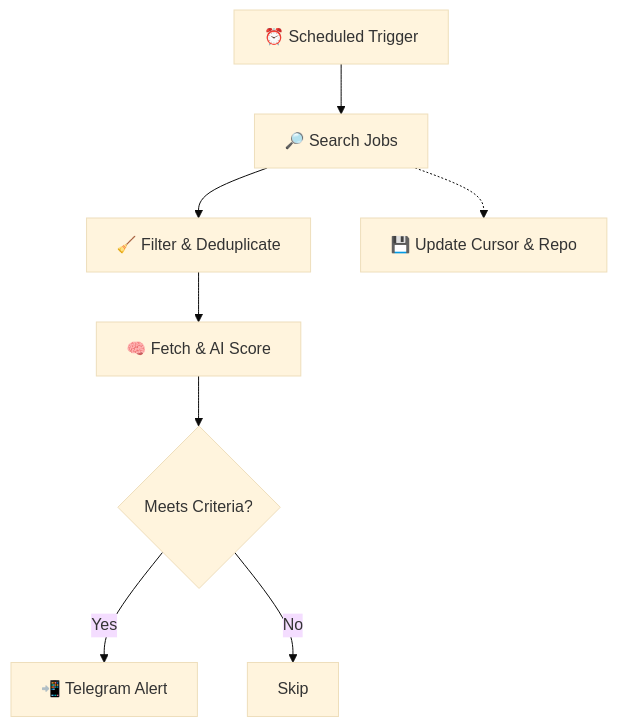
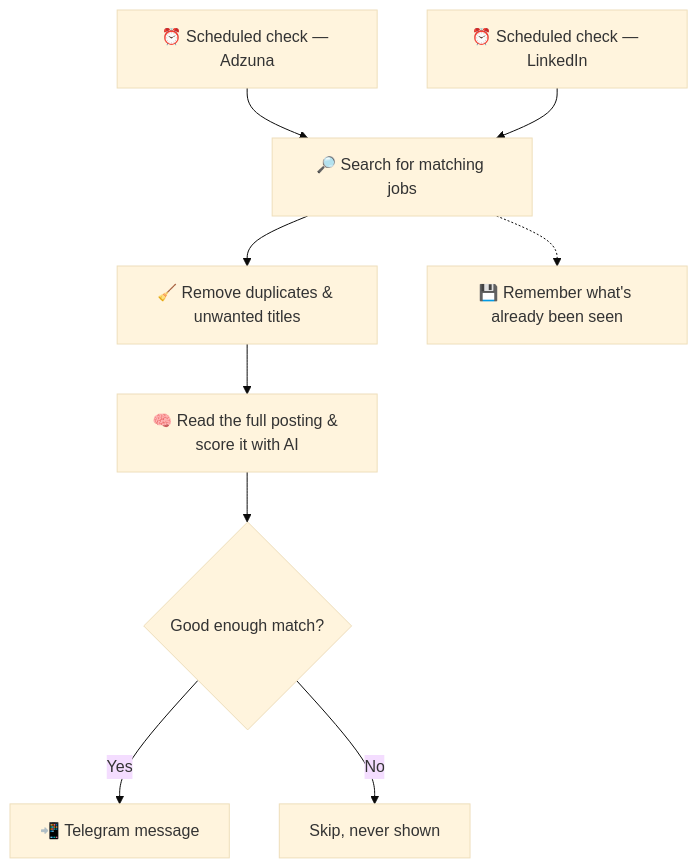
One commit to ranjith-p/job-notify changed the diagram in README.md. Above: the diagram before and after it, drawn with Mermaid (base theme). The commit also changed other lines of this file, not shown here.

````diff
--- a/README.md
+++ b/README.md
@@ -42,13 +36,15 @@
 ```mermaid
 flowchart TB
-    A["⏰ Scheduled Trigger"]
-    A --> B["🔎 Search Jobs"]
-    B --> C["🧹 Filter & Deduplicate"]
-    C --> D["🧠 Fetch & AI Score"]
-    D --> E{"Meets Criteria?"}
+    A1["⏰ Scheduled check — Adzuna"]
+    A2["⏰ Scheduled check — LinkedIn"]
+    A1 --> B["🔎 Search for matching jobs"]
+    A2 --> B
+    B --> C["🧹 Remove duplicates & unwanted titles"]
+    C --> D["🧠 Read the full posting & score it with AI"]
+    D --> E{"Good enough match?"}
 
-    E -->|Yes| F["📲 Telegram Alert"]
-    E -->|No| G["Skip"]
+    E -->|Yes| F["📲 Telegram message"]
+    E -->|No| G["Skip, never shown"]
 
-    B -.-> H["💾 Update Cursor & Repo"]
+    B -.-> H["💾 Remember what's already been seen"]
 ```
````
